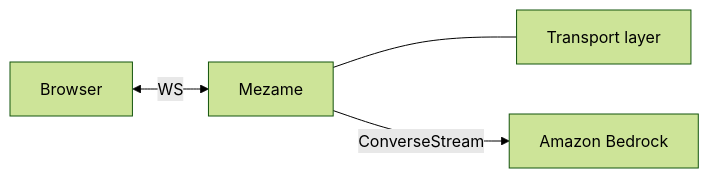
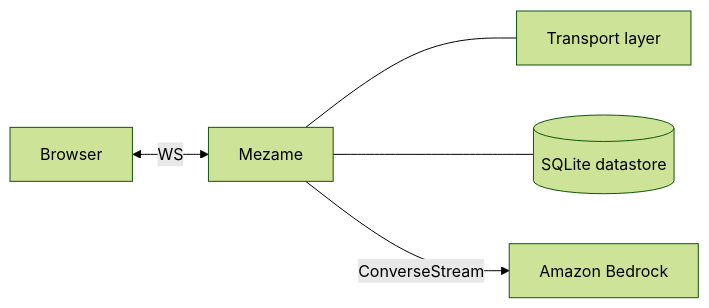
Before and after one commit to aichholzer/mezame: the diagram in docs/architecture.md, drawn with Mermaid (forest theme). The commit also changed other lines of this file and 16 other files, not shown here.

````diff
--- a/docs/architecture.md
+++ b/docs/architecture.md
@@ -5,11 +5,13 @@
 ```mermaid
 flowchart LR
   browser[Browser]
   mezame["Mezame"]
   transport["Transport layer"]
+  store[("SQLite datastore")]
   bedrock["Amazon Bedrock"]
 
   browser <-- WS --> mezame
   mezame --- transport
+  mezame --- store
   mezame -- ConverseStream --> bedrock
 ```
````
